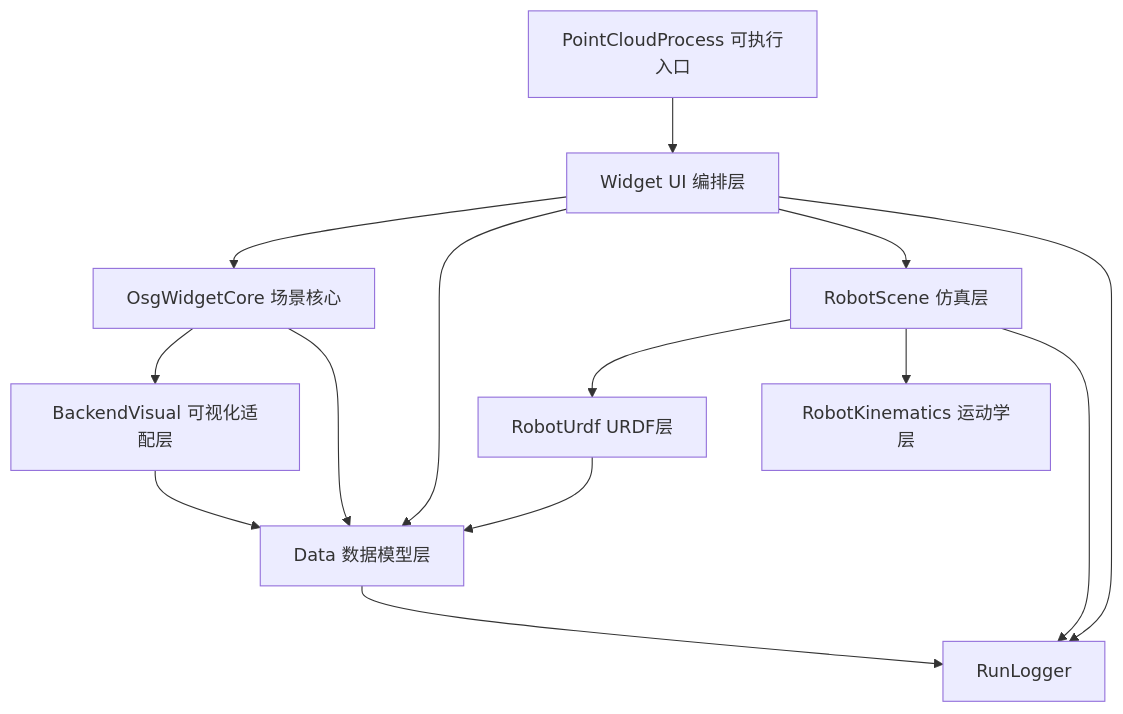
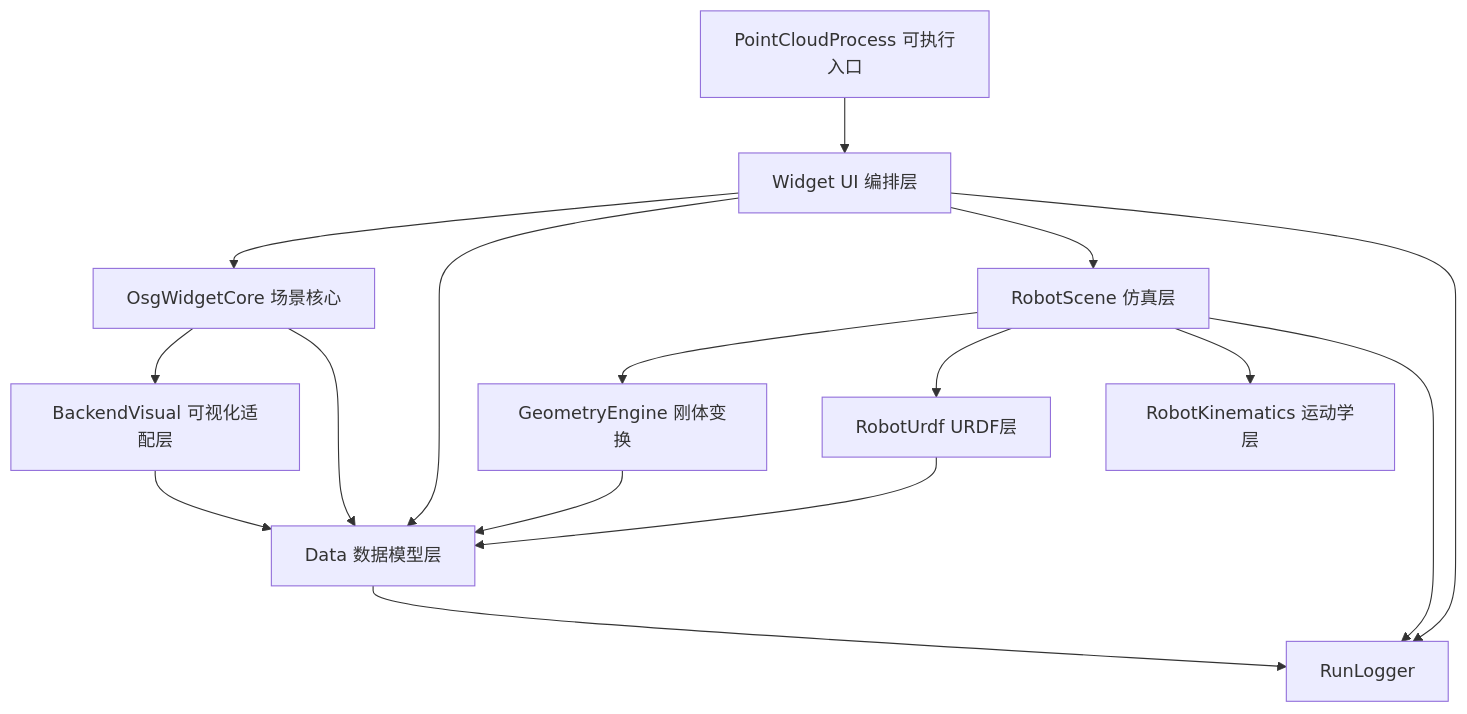
The first of 7 diagrams in ARCHITECTURE_SUMMARY.md (sanmunejdn/CloudSim), drawn with Mermaid before and after one commit. The commit also changed other lines of this file and 14 other files, not shown here.

````diff
--- a/ARCHITECTURE_SUMMARY.md
+++ b/ARCHITECTURE_SUMMARY.md
@@ -37,16 +36,18 @@
 ```mermaid
 flowchart TD
     A[PointCloudProcess 可执行入口] --> B[Widget UI 编排层]
     B --> C[OsgWidgetCore 场景核心]
     B --> D[Data 数据模型层]
     B --> E[RobotScene 仿真层]
     C --> F[BackendVisual 可视化适配层]
     F --> D
     C --> D
+    E --> GE[GeometryEngine 刚体变换]
     E --> G[RobotUrdf URDF层]
     E --> H[RobotKinematics 运动学层]
+    GE --> D
     G --> D
     B --> I[RunLogger]
     D --> I
     E --> I
 ```
````
